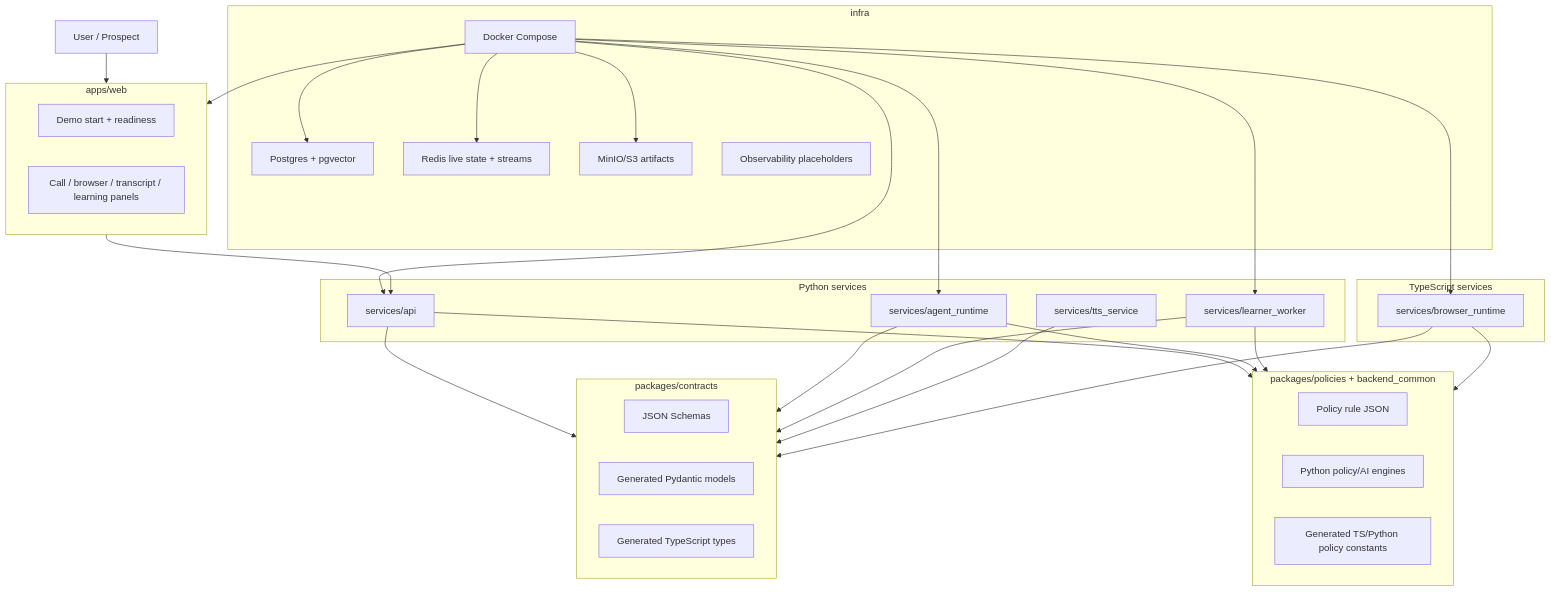
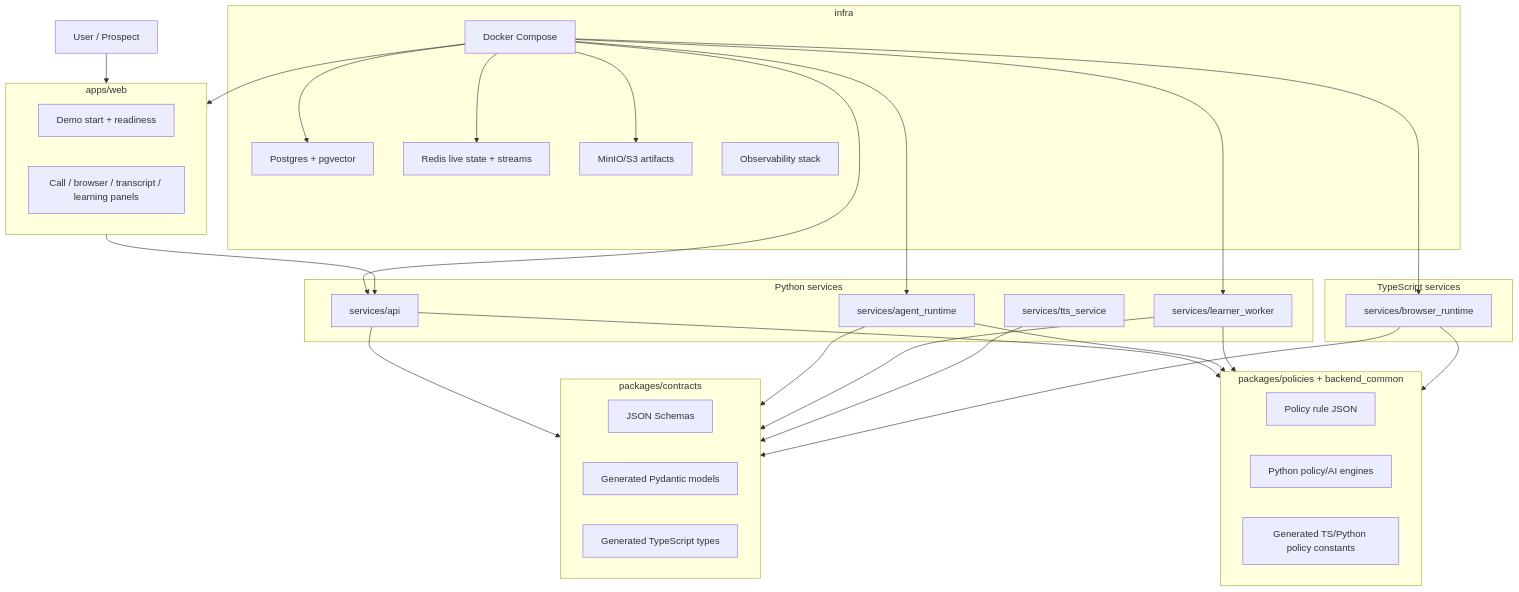
One commit to roshaninfordham/personalised-demo-ai-agent changed the second of 23 diagrams in README.md. Above: the diagram before and after it, drawn with Mermaid. The commit also changed other lines of this file and 5 other files, not shown here.

````diff
--- a/README.md
+++ b/README.md
@@ -60,61 +64,61 @@
 ```mermaid
 flowchart TB
     User["User / Prospect"]
 
     subgraph Web["apps/web"]
         Start["Demo start + readiness"]
         Panels["Call / browser / transcript / learning panels"]
     end
 
     subgraph PythonServices["Python services"]
         API["services/api"]
         Agent["services/agent_runtime"]
         Learner["services/learner_worker"]
         TTS["services/tts_service"]
     end
 
     subgraph TypeScriptServices["TypeScript services"]
         Browser["services/browser_runtime"]
     end
 
     subgraph Contracts["packages/contracts"]
         Schemas["JSON Schemas"]
         PyModels["Generated Pydantic models"]
         TsTypes["Generated TypeScript types"]
     end
 
     subgraph Policy["packages/policies + backend_common"]
         Rules["Policy rule JSON"]
         Engines["Python policy/AI engines"]
         GeneratedPolicy["Generated TS/Python policy constants"]
     end
 
     subgraph Infra["infra"]
         Compose["Docker Compose"]
         Postgres["Postgres + pgvector"]
         Redis["Redis live state + streams"]
         MinIO["MinIO/S3 artifacts"]
-        Observability["Observability placeholders"]
+        Observability["Observability stack"]
     end
 
     User --> Web
     Web --> API
     API --> Contracts
     Agent --> Contracts
     Learner --> Contracts
     TTS --> Contracts
     Browser --> Contracts
     API --> Policy
     Agent --> Policy
     Learner --> Policy
     Browser --> Policy
     Compose --> Web
     Compose --> API
     Compose --> Agent
     Compose --> Browser
     Compose --> Learner
     Compose --> Postgres
     Compose --> Redis
     Compose --> MinIO
     Compose --> Infra
 ```
````
